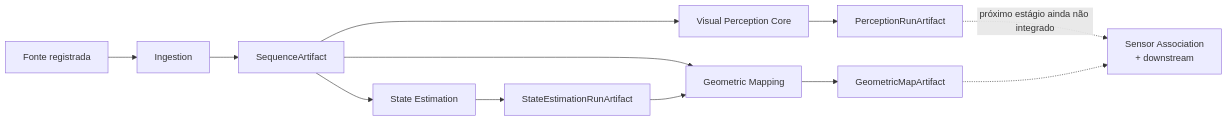
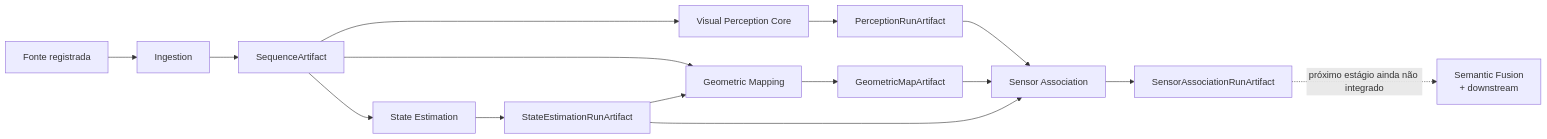
Before and after one commit to Alexandre-Tortoza/contextmap2: the second of 18 diagrams in docs/PIPELINE.md, drawn with Mermaid. The commit also changed other lines of this file and 6 other files, not shown here.

First line of the commit message:
docs(sensor-association): integrate the milestone into the global documentation

````diff
--- a/docs/PIPELINE.md
+++ b/docs/PIPELINE.md
@@ -83,14 +83,17 @@
 ```mermaid
 flowchart LR
     RAW["Fonte registrada"] --> ING["Ingestion"]
     ING --> SEQ["SequenceArtifact"]
     SEQ --> VP["Visual Perception Core"]
     VP --> PRA["PerceptionRunArtifact"]
     SEQ --> ST["State Estimation"]
     ST --> TRA["StateEstimationRunArtifact"]
     SEQ --> GM["Geometric Mapping"]
     TRA --> GM
     GM --> MAPA["GeometricMapArtifact"]
-    PRA -. próximo estágio ainda não integrado .-> FUT["Sensor Association<br/>+ downstream"]
-    MAPA -.-> FUT
+    PRA --> SA["Sensor Association"]
+    MAPA --> SA
+    TRA --> SA
+    SA --> ASA["SensorAssociationRunArtifact"]
+    ASA -. próximo estágio ainda não integrado .-> FUT["Semantic Fusion<br/>+ downstream"]
 ```
````
